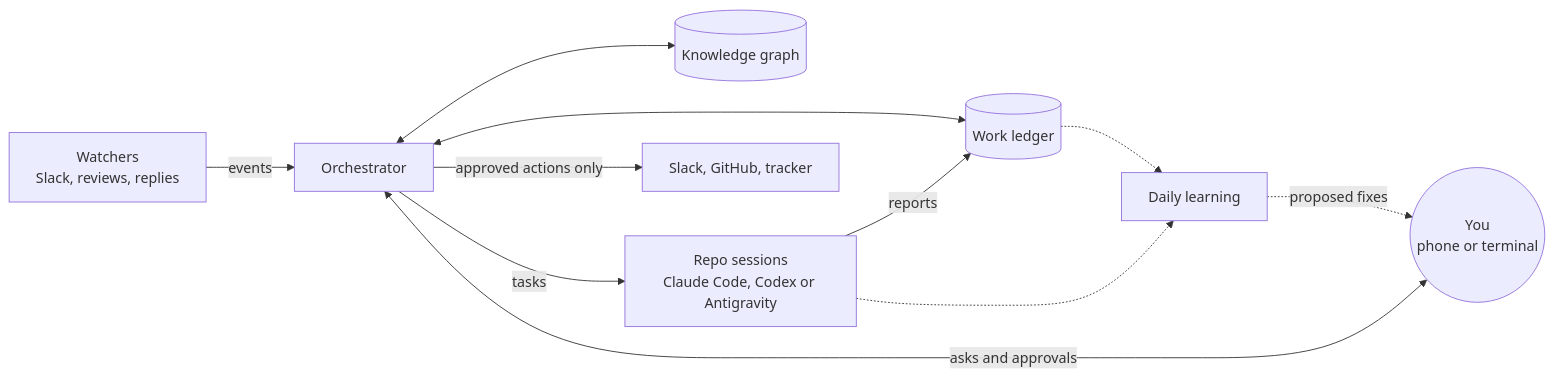
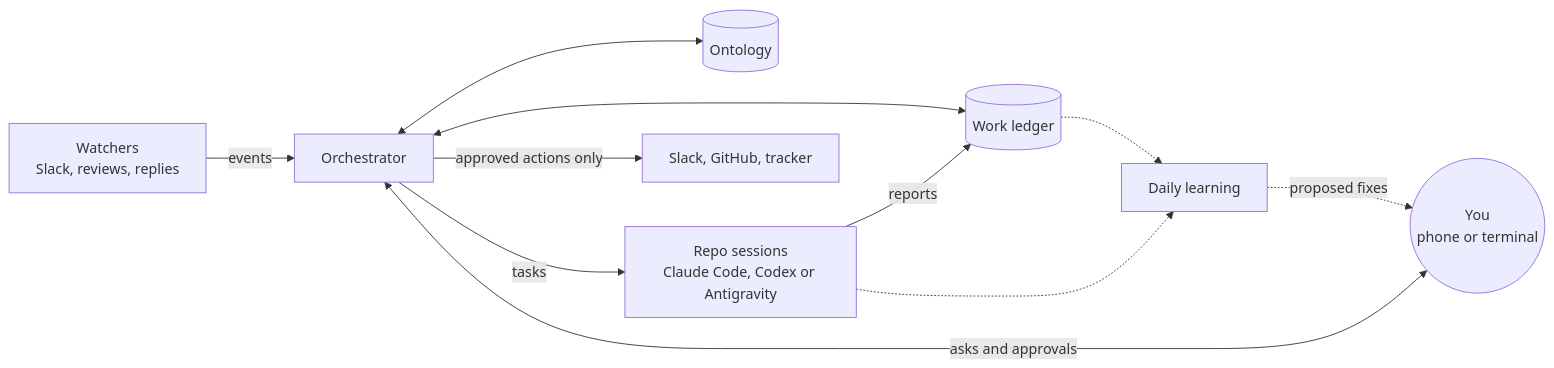
Before and after one commit to promptromp/bosun: the diagram in README.md, drawn with Mermaid. The commit also changed other lines of this file and 35 other files, not shown here.

First line of the commit message:
Docs: the home page's chart and whiteboard, and "ontology" for the knowledge graph (#85)

````diff
--- a/README.md
+++ b/README.md
@@ -45,13 +45,13 @@
 ```mermaid
 flowchart LR
   watchers["Watchers<br/>Slack, reviews, replies"] -->|events| orch
   you(("You<br/>phone or terminal")) <-->|"asks and approvals"| orch["Orchestrator"]
   orch <--> ledger[("Work ledger")]
-  orch <--> kg[("Knowledge graph")]
+  orch <--> kg[("Ontology")]
   orch -->|tasks| repos["Repo sessions<br/>Claude Code, Codex or Antigravity"]
   repos -->|reports| ledger
   orch -->|"approved actions only"| world["Slack, GitHub, tracker"]
   ledger -.-> learn["Daily learning"]
   repos -.-> learn
   learn -.->|"proposed fixes"| you
 ```
````
